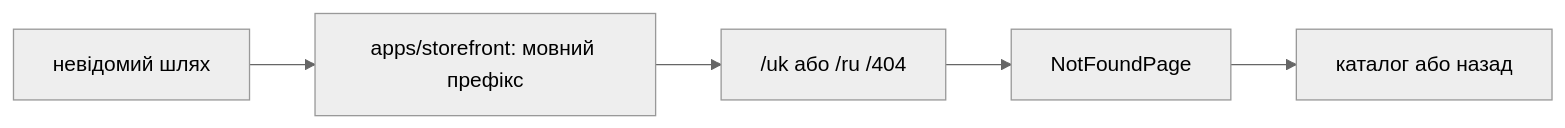
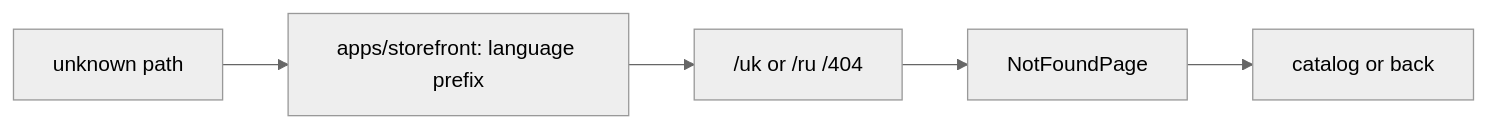
One commit to Weretik/brevi-web changed the diagram in docs/features/storefront/not-found.md. Above: the diagram before and after it, drawn with Mermaid (neutral theme). The commit also changed other lines of this file and 52 other files, not shown here.

Commit message:
docs(frontend): reconcile architecture and feature guidance

````diff
--- a/docs/features/storefront/not-found.md
+++ b/docs/features/storefront/not-found.md
@@ -9,7 +13,7 @@
 ```mermaid
 flowchart LR
-  Unknown["невідомий шлях"] --> Wildcard["apps/storefront: мовний префікс"]
-  Wildcard --> Route["/uk або /ru /404"]
+  Unknown["unknown path"] --> Wildcard["apps/storefront: language prefix"]
+  Wildcard --> Route["/uk or /ru /404"]
   Route --> Page["NotFoundPage"]
-  Page --> Links["каталог або назад"]
+  Page --> Links["catalog or back"]
 ```
````
